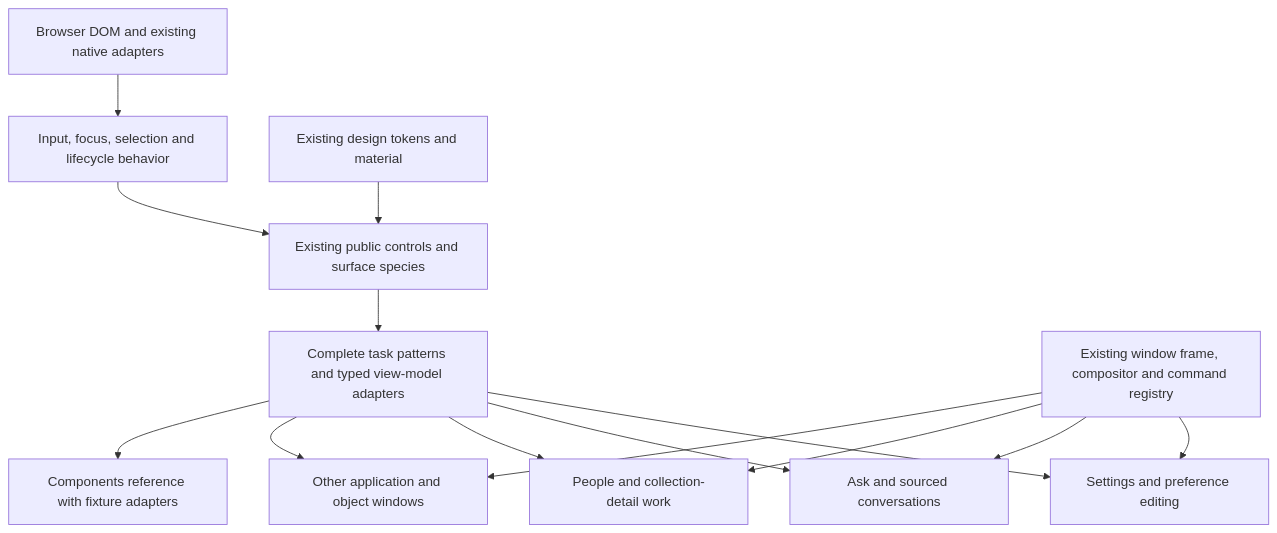
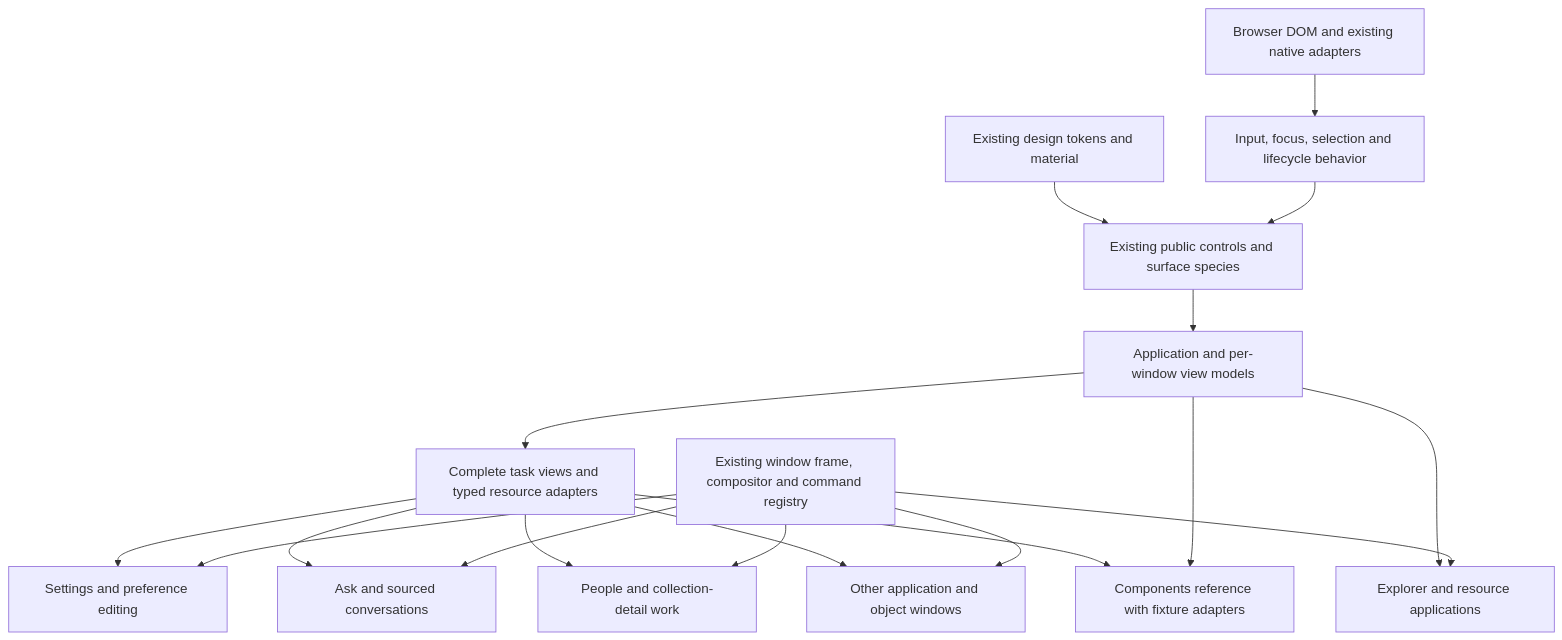
Before and after one commit to karolswdev/HoldSpeak: the diagram in docs/internal/betterment/native-experience/README.md, drawn with Mermaid. The commit also changed other lines of this file and 9 other files, not shown here.

````diff
--- a/docs/internal/betterment/native-experience/README.md
+++ b/docs/internal/betterment/native-experience/README.md
@@ -46,16 +74,20 @@
 ```mermaid
 flowchart TD
   P[Browser DOM and existing native adapters] --> B[Input, focus, selection and lifecycle behavior]
   T[Existing design tokens and material] --> C[Existing public controls and surface species]
   B --> C
-  C --> X[Complete task patterns and typed view-model adapters]
+  C --> V[Application and per-window view models]
+  V --> X[Complete task views and typed resource adapters]
   X --> S[Settings and preference editing]
   X --> A[Ask and sourced conversations]
   X --> L[People and collection-detail work]
+  V --> E[Explorer and resource applications]
   X --> O[Other application and object windows]
   X --> R[Components reference with fixture adapters]
   W[Existing window frame, compositor and command registry] --> S
   W --> A
   W --> L
   W --> O
+  W --> E
+  V --> R
 ```
````
